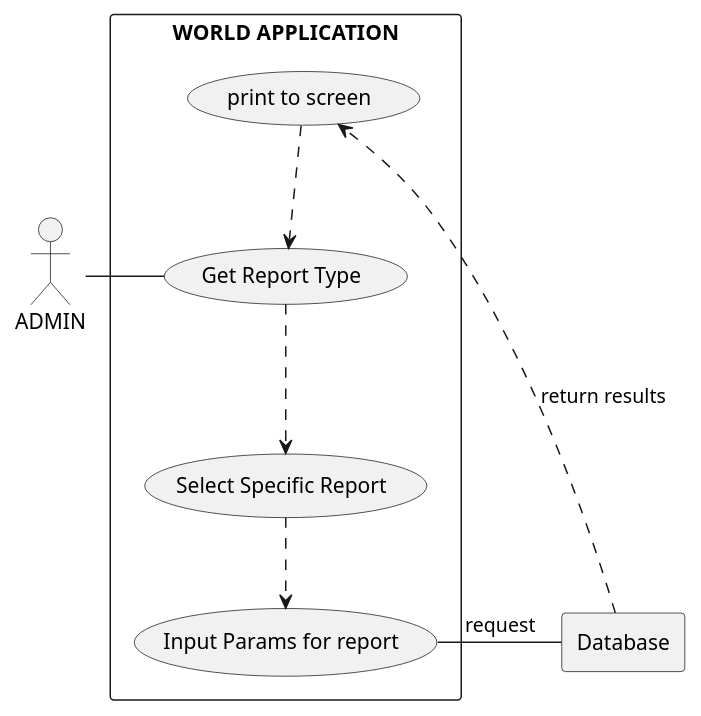
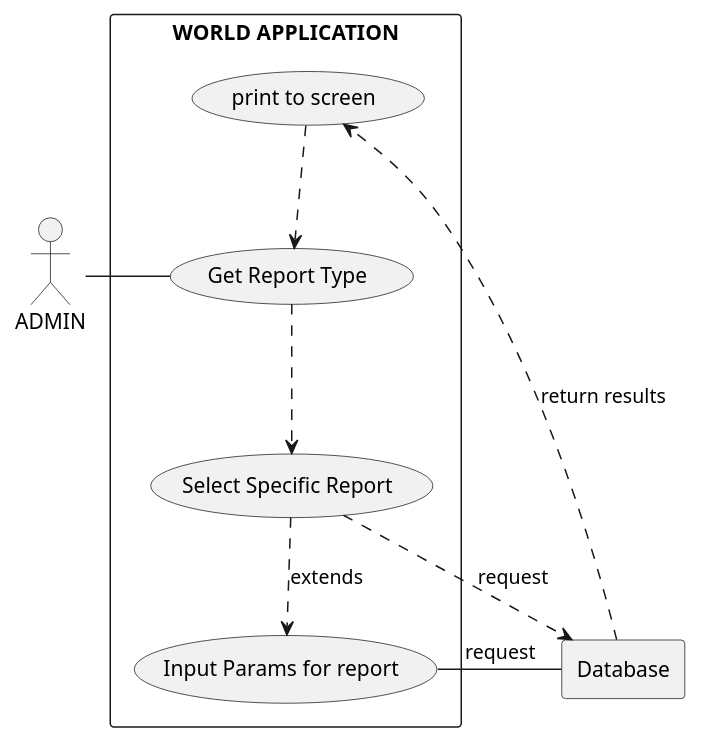
The diagram in docs/WorldApp.puml (graemekean/sem), drawn with PlantUML before and after one commit.

Commit message:
Updated UML use case diagram

```diff
--- a/docs/WorldApp.puml
+++ b/docs/WorldApp.puml
@@ -1,25 +1,26 @@
 @startuml
 
 actor AD as "ADMIN"
 
 rectangle Database
 
 rectangle "WORLD APPLICATION" {
     usecase UCa as "Get Report Type"
 
     usecase UCb as "Select Specific Report"
 
     usecase UCc as "Input Params for report"
 
     usecase UCd as "print to screen"
 
     AD - UCa
     UCa ..> UCb
-     UCb ..> UCc
+     UCb ..> UCc : extends
      Database ..> UCd : return results
      UCd ..> UCa
+     UCb ..> Database :request
 
     UCc - Database : request
 }
 
 @enduml
```
